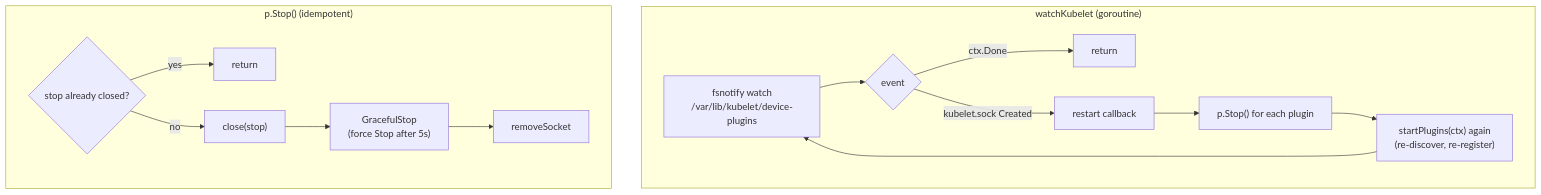
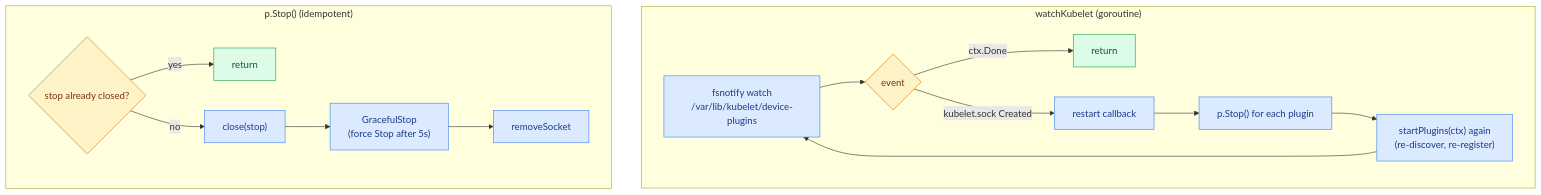
The seventh of 7 diagrams in CONTROL_FLOW.md (guhaneswaran/tt-k8s-device-plugin), drawn with Mermaid before and after one commit. The commit also changed other lines of this file and 1 other file, not shown here.

First line of the commit message:
Enhance diagrams: styled sequence diagram + color-coded flowcharts

````diff
--- a/CONTROL_FLOW.md
+++ b/CONTROL_FLOW.md
@@ -180,20 +279,27 @@
 ```mermaid
 flowchart TD
   subgraph WK["watchKubelet (goroutine)"]
     FS["fsnotify watch<br/>/var/lib/kubelet/device-plugins"]
     FS --> EV{"event"}
     EV -->|ctx.Done| WKEND["return"]
     EV -->|kubelet.sock Created| RCB["restart callback"]
     RCB --> STOPALL["p.Stop() for each plugin"]
     STOPALL --> RESP["startPlugins(ctx) again<br/>(re-discover, re-register)"]
     RESP --> FS
   end
 
   subgraph STOP["p.Stop() (idempotent)"]
     C1{"stop already closed?"}
     C1 -->|yes| SRET["return"]
     C1 -->|no| CLOSE["close(stop)"]
     CLOSE --> GRACE["GracefulStop<br/>(force Stop after 5s)"]
     GRACE --> RMS["removeSocket"]
   end
+
+  classDef proc fill:#dbeafe,stroke:#3b82f6,color:#1e3a8a;
+  classDef dec fill:#fef3c7,stroke:#d97706,color:#78350f;
+  classDef good fill:#dcfce7,stroke:#16a34a,color:#14532d;
+  class FS,RCB,STOPALL,RESP,CLOSE,GRACE,RMS proc;
+  class EV,C1 dec;
+  class WKEND,SRET good;
 ```
````
